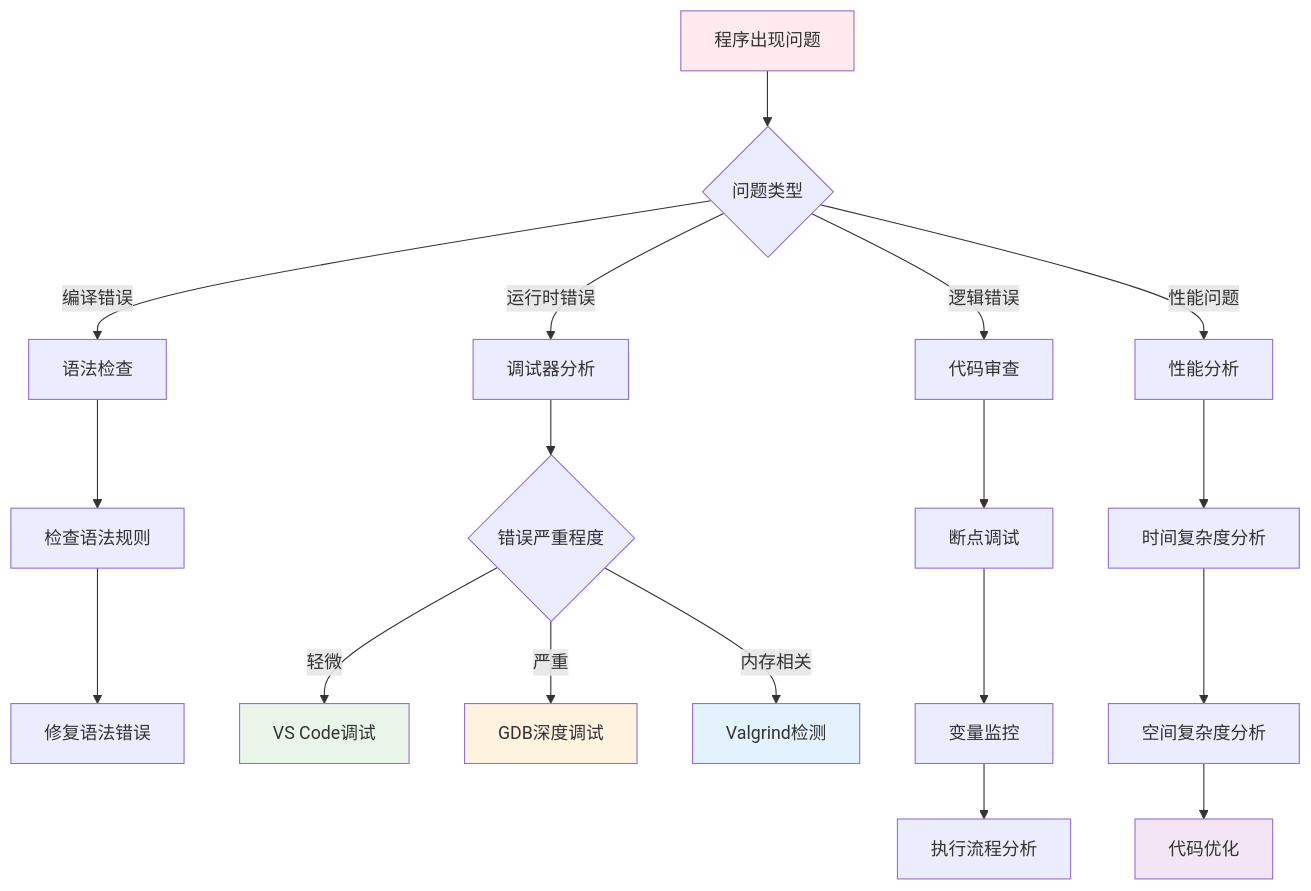
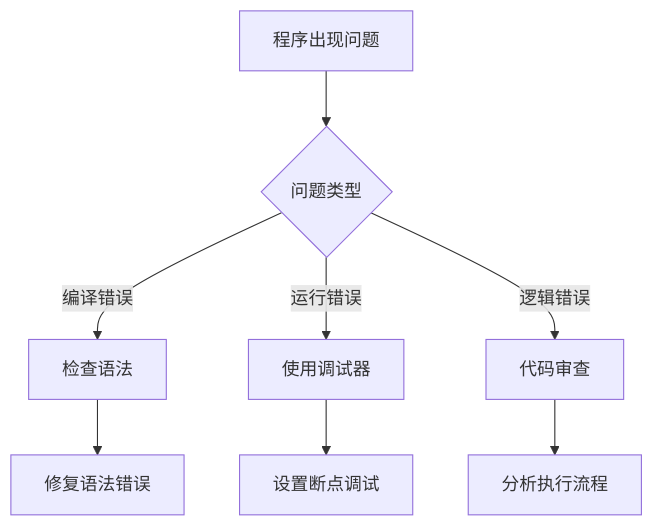
Before and after one commit to hulu798/C-Notes: the eighth of 15 diagrams in README.md, drawn with Mermaid. The commit also changed other lines of this file, not shown here.

````diff
--- a/README.md
+++ b/README.md
@@ -439,31 +324,11 @@
 ```mermaid
 flowchart TD
     A[程序出现问题] --> B{问题类型}
+    B -->|编译错误| C[检查语法]
+    B -->|运行错误| D[使用调试器]
+    B -->|逻辑错误| E[代码审查]
     
-    B -->|编译错误| C[语法检查]
-    B -->|运行时错误| D[调试器分析]
-    B -->|逻辑错误| E[代码审查]
-    B -->|性能问题| F[性能分析]
-    
-    C --> G[检查语法规则]
-    G --> H[修复语法错误]
-    
-    D --> I{错误严重程度}
-    I -->|轻微| J[VS Code调试]
-    I -->|严重| K[GDB深度调试]
-    I -->|内存相关| L[Valgrind检测]
-    
-    E --> M[断点调试]
-    M --> N[变量监控]
-    N --> O[执行流程分析]
-    
-    F --> P[时间复杂度分析]
-    P --> Q[空间复杂度分析]
-    Q --> R[代码优化]
-    
-    style A fill:#ffebee
-    style J fill:#e8f5e8
-    style K fill:#fff3e0
-    style L fill:#e3f2fd
-    style R fill:#f3e5f5
+    C --> F[修复语法错误]
+    D --> G[设置断点调试]
+    E --> H[分析执行流程]
 ```
````
